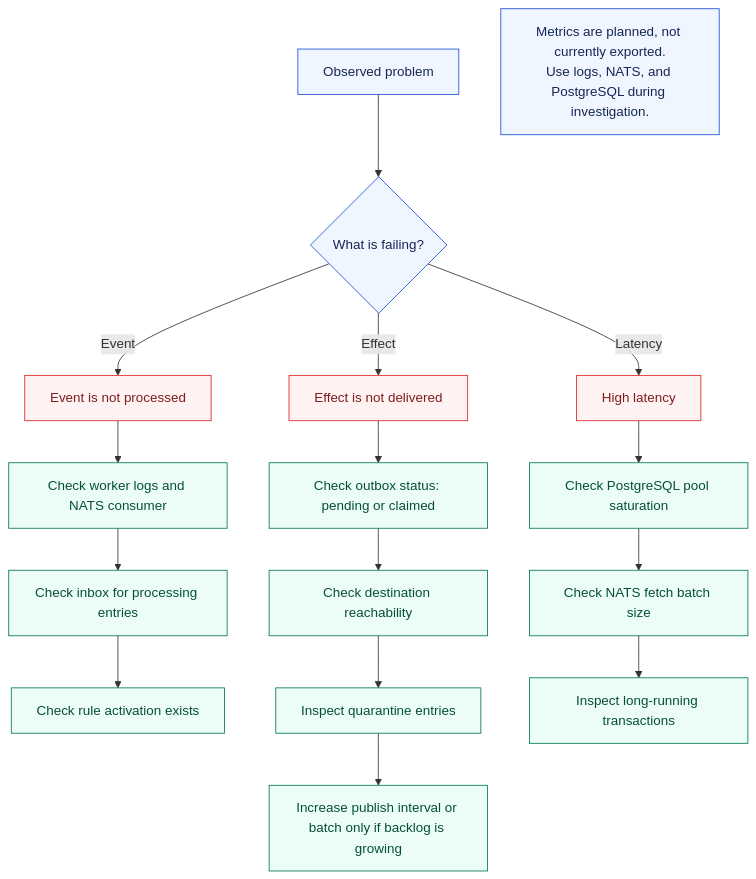
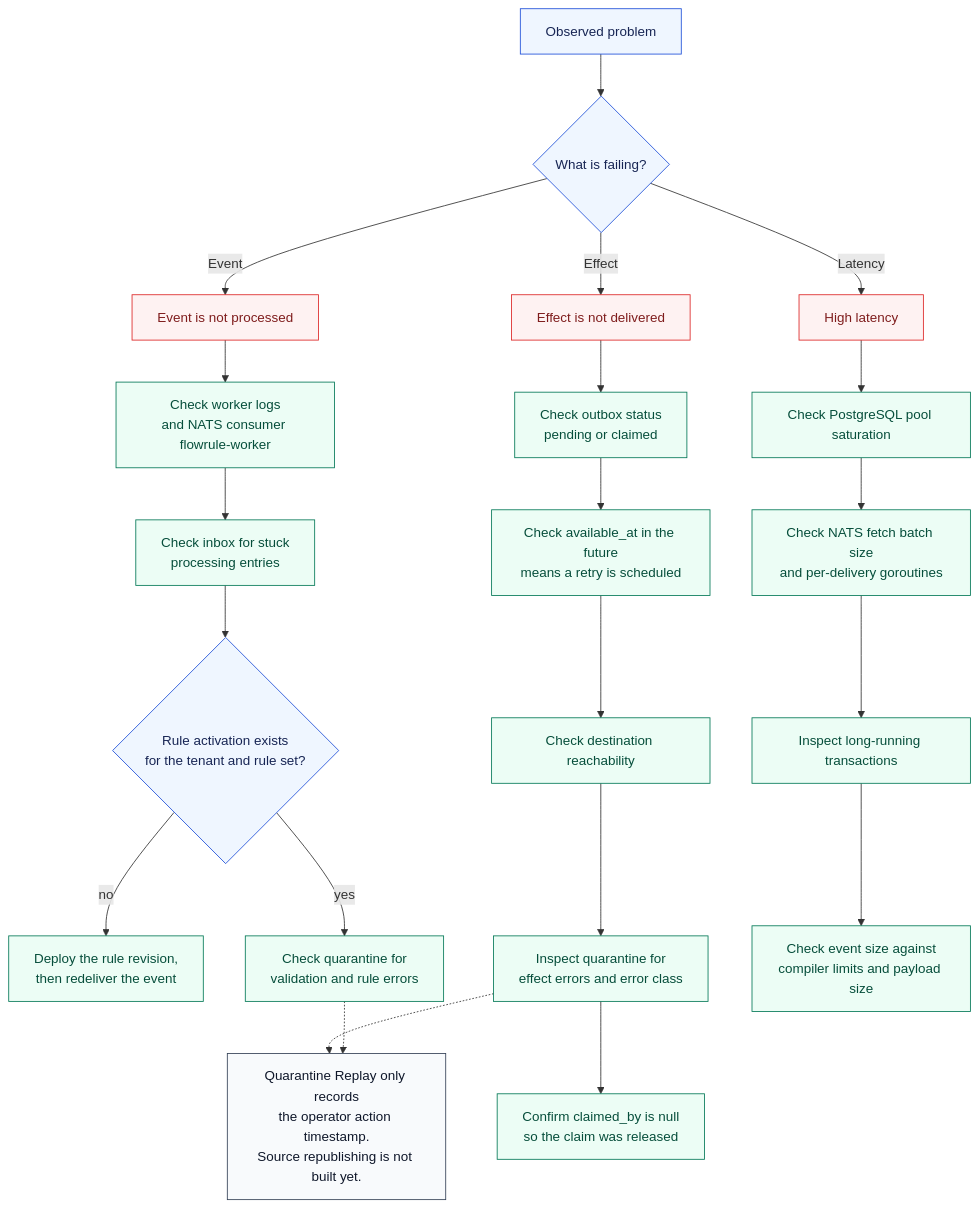
One commit to premchandkpc/kafka-simulate-rule changed the diagram in docs/23-operations-troubleshooting.mmd. Above: the diagram before and after it, drawn with Mermaid. The commit also changed 17 other files, not shown here.

Commit message:
docs: enrich mermaid diagrams and fix parse errors

```diff
--- a/docs/23-operations-troubleshooting.mmd
+++ b/docs/23-operations-troubleshooting.mmd
@@ -1,30 +1,44 @@
 flowchart TD
+    %% Operations flow: investigate stalled events, delivery failures, and latency.
     classDef check fill:#eff6ff,stroke:#1d4ed8,color:#172554
     classDef action fill:#ecfdf5,stroke:#047857,color:#064e3b
     classDef failure fill:#fef2f2,stroke:#dc2626,color:#7f1d1d
+    classDef note fill:#f8fafc,stroke:#334155,color:#0f172a
 
     Start[Observed problem]:::check
     Type{What is failing?}:::check
 
     Event[Event is not processed]:::failure
-    E1[Check worker logs and NATS consumer]:::action
-    E2[Check inbox for processing entries]:::action
-    E3[Check rule activation exists]:::action
+    E1["Check worker logs<br/>and NATS consumer flowrule-worker"]:::action
+    E2["Check inbox for stuck<br/>processing entries"]:::action
+    E3{"Rule activation exists<br/>for the tenant and rule set?"}:::check
+    E4["Deploy the rule revision,<br/>then redeliver the event"]:::action
+    E5["Check quarantine for<br/>validation and rule errors"]:::action
 
     Effect[Effect is not delivered]:::failure
-    O1[Check outbox status: pending or claimed]:::action
-    O2[Check destination reachability]:::action
-    O3[Inspect quarantine entries]:::action
-    O4[Increase publish interval or batch only if backlog is growing]:::action
+    O1["Check outbox status<br/>pending or claimed"]:::action
+    O2["Check available_at in the future<br/>means a retry is scheduled"]:::action
+    O3["Check destination reachability"]:::action
+    O4["Inspect quarantine for<br/>effect errors and error class"]:::action
+    O5["Confirm claimed_by is null<br/>so the claim was released"]:::action
 
     Latency[High latency]:::failure
-    L1[Check PostgreSQL pool saturation]:::action
-    L2[Check NATS fetch batch size]:::action
-    L3[Inspect long-running transactions]:::action
+    L1["Check PostgreSQL pool saturation"]:::action
+    L2["Check NATS fetch batch size<br/>and per-delivery goroutines"]:::action
+    L3["Inspect long-running transactions"]:::action
+    L4["Check event size against<br/>compiler limits and payload size"]:::action
 
     Start --> Type
-    Type -->|Event| Event --> E1 --> E2 --> E3
-    Type -->|Effect| Effect --> O1 --> O2 --> O3 --> O4
-    Type -->|Latency| Latency --> L1 --> L2 --> L3
+    Type -->|Event| Event
+    Type -->|Effect| Effect
+    Type -->|Latency| Latency
 
-    Note[Metrics are planned, not currently exported.<br/>Use logs, NATS, and PostgreSQL during investigation.]:::check
+    Event --> E1 --> E2 --> E3
+    E3 -->|yes| E5
+    E3 -->|no| E4
+    Effect --> O1 --> O2 --> O3 --> O4 --> O5
+    Latency --> L1 --> L2 --> L3 --> L4
+
+    Replay["Quarantine Replay only records<br/>the operator action timestamp.<br/>Source republishing is not built yet."]:::note
+    O4 -.-> Replay
+    E5 -.-> Replay
```
